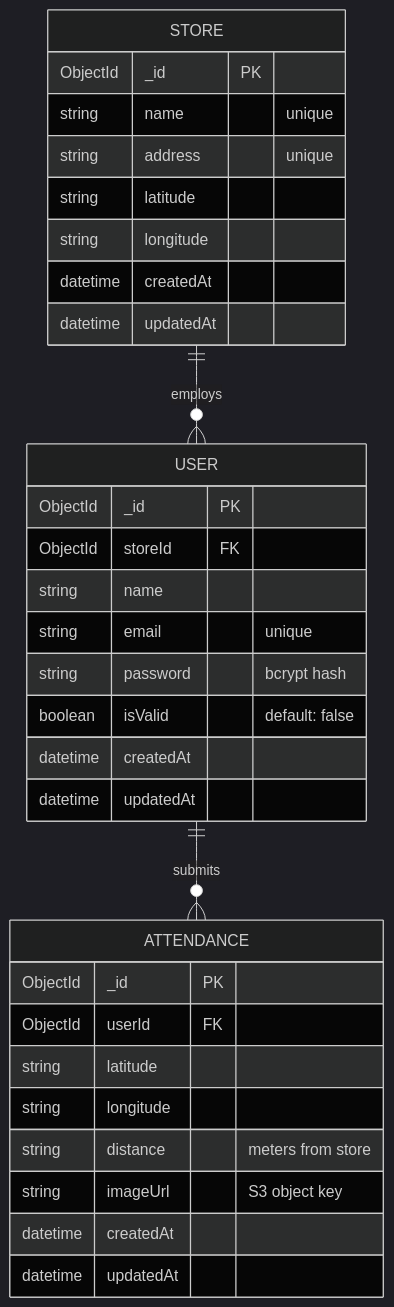
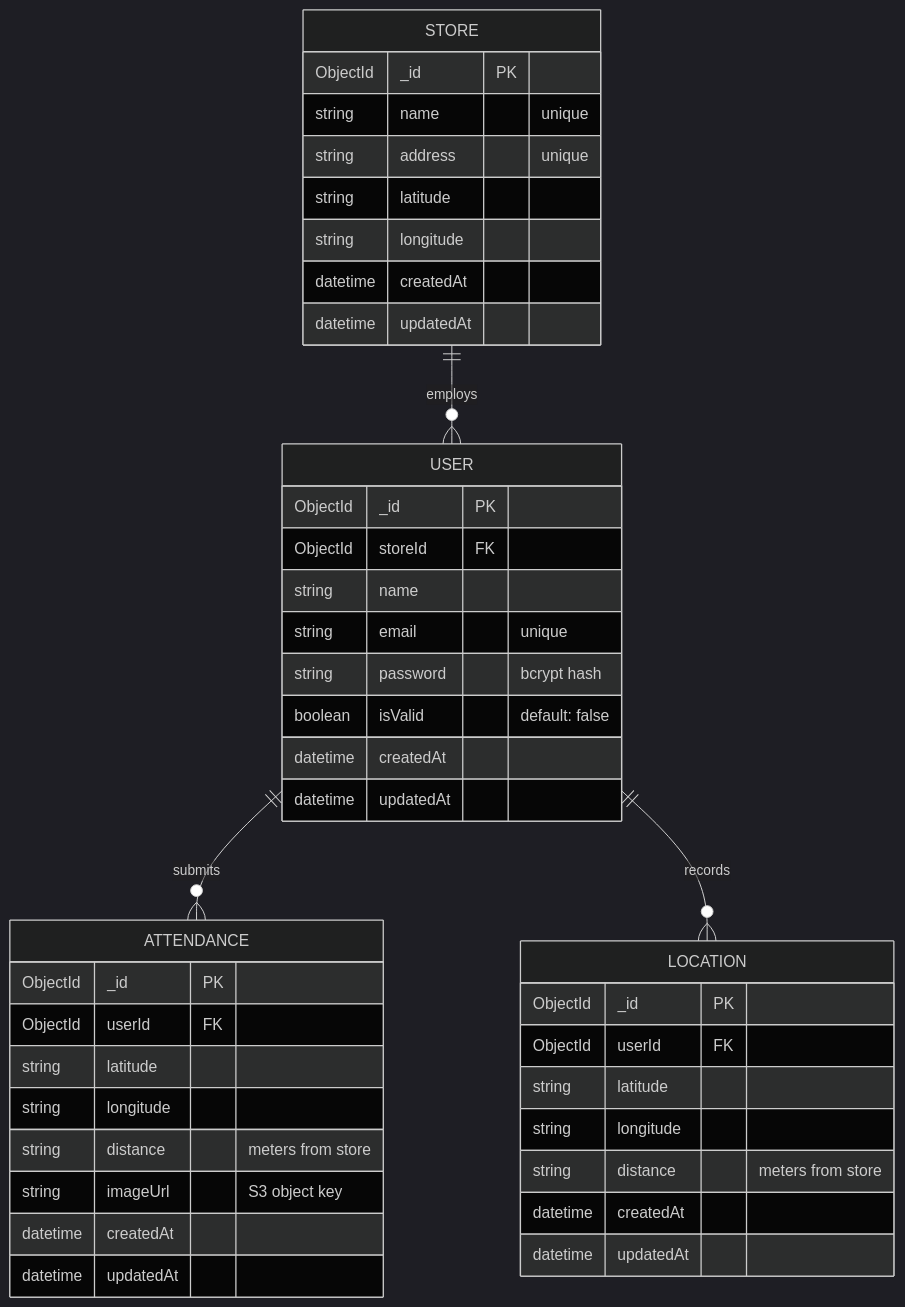
Before and after one commit to masanthimanshu/hrms-backend: the second of 2 diagrams in README.md, drawn with Mermaid (dark theme). The commit also changed other lines of this file and 6 other files, not shown here.

````diff
--- a/README.md
+++ b/README.md
@@ -148,37 +154,48 @@
 ```mermaid
 erDiagram
     STORE {
         ObjectId _id PK
         string name "unique"
         string address "unique"
         string latitude
         string longitude
         datetime createdAt
         datetime updatedAt
     }
 
     USER {
         ObjectId _id PK
         ObjectId storeId FK
         string name
         string email "unique"
         string password "bcrypt hash"
         boolean isValid "default: false"
         datetime createdAt
         datetime updatedAt
     }
 
     ATTENDANCE {
         ObjectId _id PK
         ObjectId userId FK
         string latitude
         string longitude
         string distance "meters from store"
         string imageUrl "S3 object key"
         datetime createdAt
         datetime updatedAt
     }
 
+    LOCATION {
+        ObjectId _id PK
+        ObjectId userId FK
+        string latitude
+        string longitude
+        string distance "meters from store"
+        datetime createdAt
+        datetime updatedAt
+    }
+
     STORE ||--o{ USER : "employs"
     USER ||--o{ ATTENDANCE : "submits"
+    USER ||--o{ LOCATION : "records"
 ```
````
